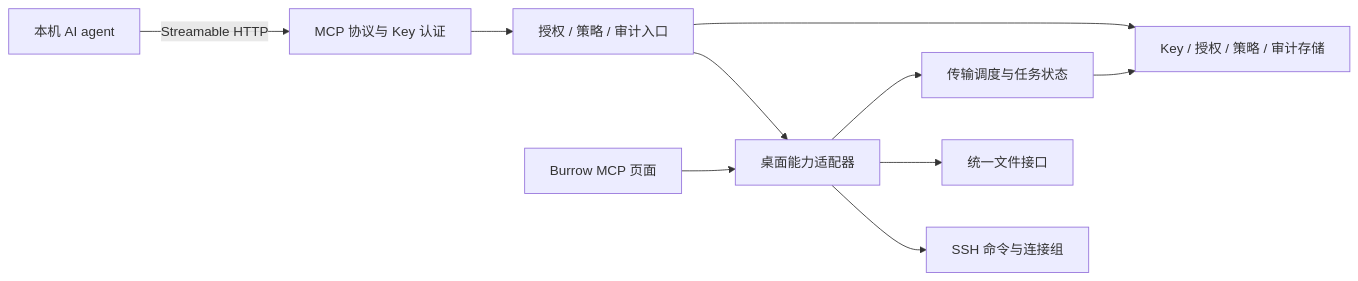
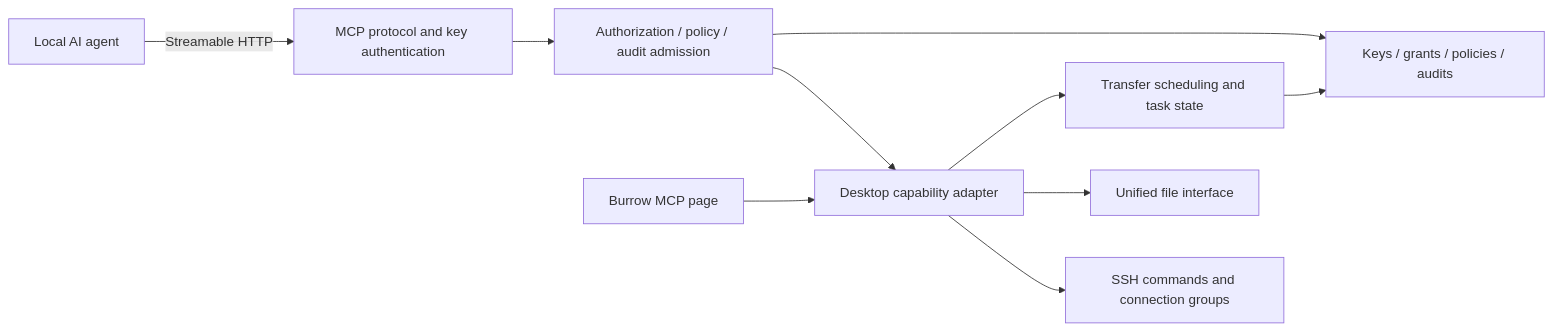
One commit to zeroy1024/Burrow changed the diagram in docs/mcp-server-plan.md. Above: the diagram before and after it, drawn with Mermaid. The commit also changed other lines of this file and 55 other files, not shown here.

````diff
--- a/docs/mcp-server-plan.md
+++ b/docs/mcp-server-plan.md
@@ -445,12 +449,12 @@
 ```mermaid
 flowchart LR
-    Agent[本机 AI agent] -->|Streamable HTTP| MCP[MCP 协议与 Key 认证]
-    MCP --> Gate[授权 / 策略 / 审计入口]
-    UI[Burrow MCP 页面] --> Adapter[桌面能力适配器]
+    Agent[Local AI agent] -->|Streamable HTTP| MCP[MCP protocol and key authentication]
+    MCP --> Gate[Authorization / policy / audit admission]
+    UI[Burrow MCP page] --> Adapter[Desktop capability adapter]
     Gate --> Adapter
-    Adapter --> SSH[SSH 命令与连接组]
-    Adapter --> Files[统一文件接口]
-    Adapter --> Tasks[传输调度与任务状态]
-    Gate --> Store[Key / 授权 / 策略 / 审计存储]
+    Adapter --> SSH[SSH commands and connection groups]
+    Adapter --> Files[Unified file interface]
+    Adapter --> Tasks[Transfer scheduling and task state]
+    Gate --> Store[Keys / grants / policies / audits]
     Tasks --> Store
 ```
````
